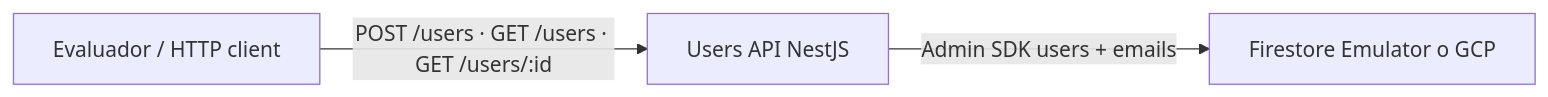
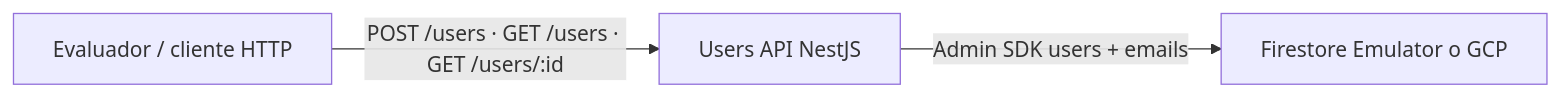
One commit to AndresED/reto-geekscastle changed the first of 4 diagrams in docs/infra/c4-y-flujos.md. Above: the diagram before and after it, drawn with Mermaid. The commit also changed other lines of this file and 10 other files, not shown here.

````diff
--- a/docs/infra/c4-y-flujos.md
+++ b/docs/infra/c4-y-flujos.md
@@ -5,9 +8,9 @@
 ```mermaid
 flowchart LR
-  client[Evaluador / HTTP client]
+  client[Evaluador / cliente HTTP]
   api[Users API NestJS]
   fs[Firestore Emulator o GCP]
 
   client -->|POST /users · GET /users · GET /users/:id| api
   api -->|Admin SDK users + emails| fs
 ```
````
